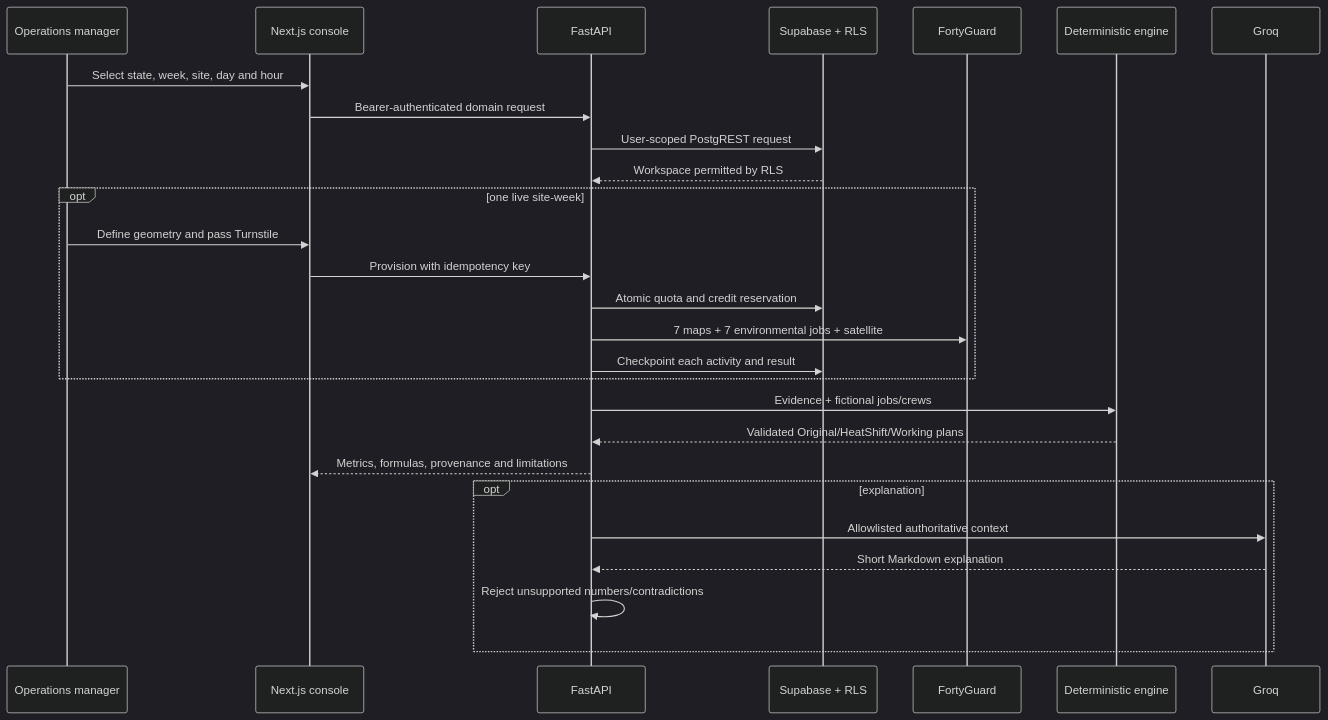
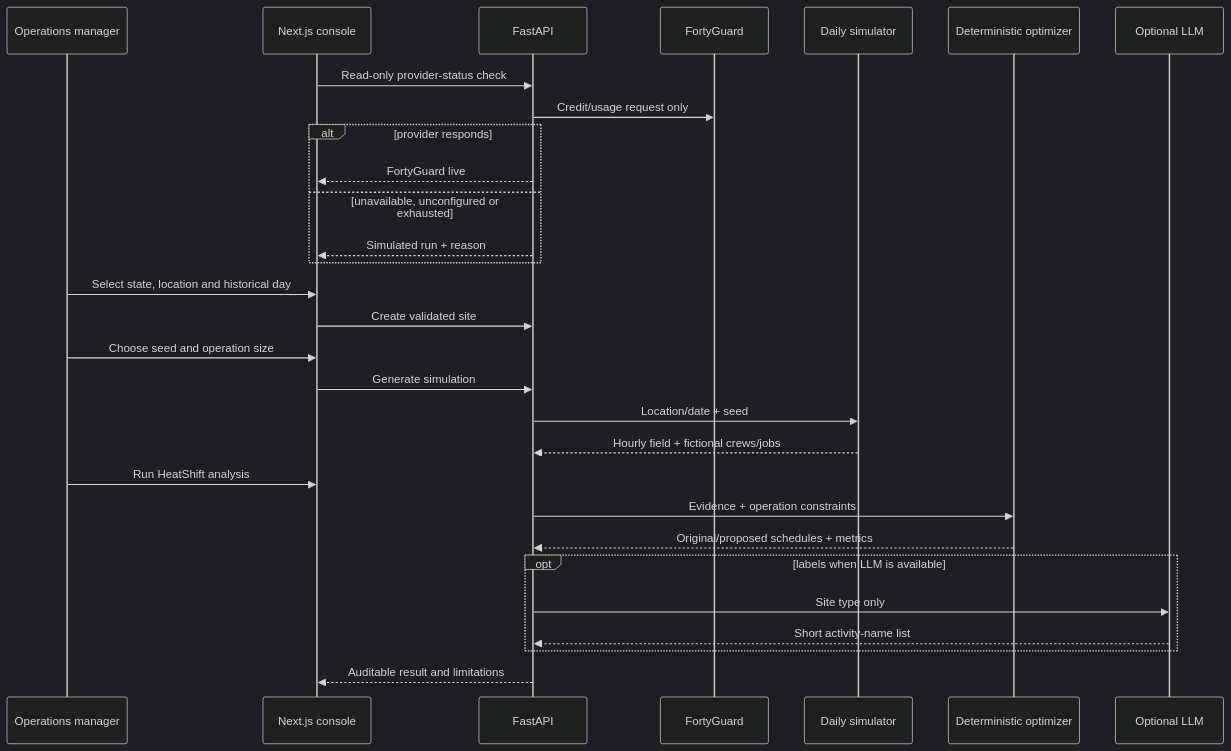
Before and after one commit to SilentKnight742/heatshift-ai: the diagram in docs/architecture.md, drawn with Mermaid (dark theme). The commit also changed other lines of this file and 15 other files, not shown here.

````diff
--- a/docs/architecture.md
+++ b/docs/architecture.md
@@ -5,30 +5,32 @@
 ```mermaid
 sequenceDiagram
     participant M as Operations manager
     participant UI as Next.js console
     participant API as FastAPI
-    participant DB as Supabase + RLS
     participant FG as FortyGuard
-    participant O as Deterministic engine
-    participant L as Groq
+    participant S as Daily simulator
+    participant O as Deterministic optimizer
+    participant L as Optional LLM
 
-    M->>UI: Select state, week, site, day and hour
-    UI->>API: Bearer-authenticated domain request
-    API->>DB: User-scoped PostgREST request
-    DB-->>API: Workspace permitted by RLS
-    opt one live site-week
-        M->>UI: Define geometry and pass Turnstile
-        UI->>API: Provision with idempotency key
-        API->>DB: Atomic quota and credit reservation
-        API->>FG: 7 maps + 7 environmental jobs + satellite
-        API->>DB: Checkpoint each activity and result
+    UI->>API: Read-only provider-status check
+    API->>FG: Credit/usage request only
+    alt provider responds
+        API-->>UI: FortyGuard live
+    else unavailable, unconfigured or exhausted
+        API-->>UI: Simulated run + reason
     end
-    API->>O: Evidence + fictional jobs/crews
-    O-->>API: Validated Original/HeatShift/Working plans
-    API-->>UI: Metrics, formulas, provenance and limitations
-    opt explanation
-        API->>L: Allowlisted authoritative context
-        L-->>API: Short Markdown explanation
-        API->>API: Reject unsupported numbers/contradictions
+    M->>UI: Select state, location and historical day
+    UI->>API: Create validated site
+    M->>UI: Choose seed and operation size
+    UI->>API: Generate simulation
+    API->>S: Location/date + seed
+    S-->>API: Hourly field + fictional crews/jobs
+    M->>UI: Run HeatShift analysis
+    API->>O: Evidence + operation constraints
+    O-->>API: Original/proposed schedules + metrics
+    opt labels when LLM is available
+        API->>L: Site type only
+        L-->>API: Short activity-name list
     end
+    API-->>UI: Auditable result and limitations
 ```
````
